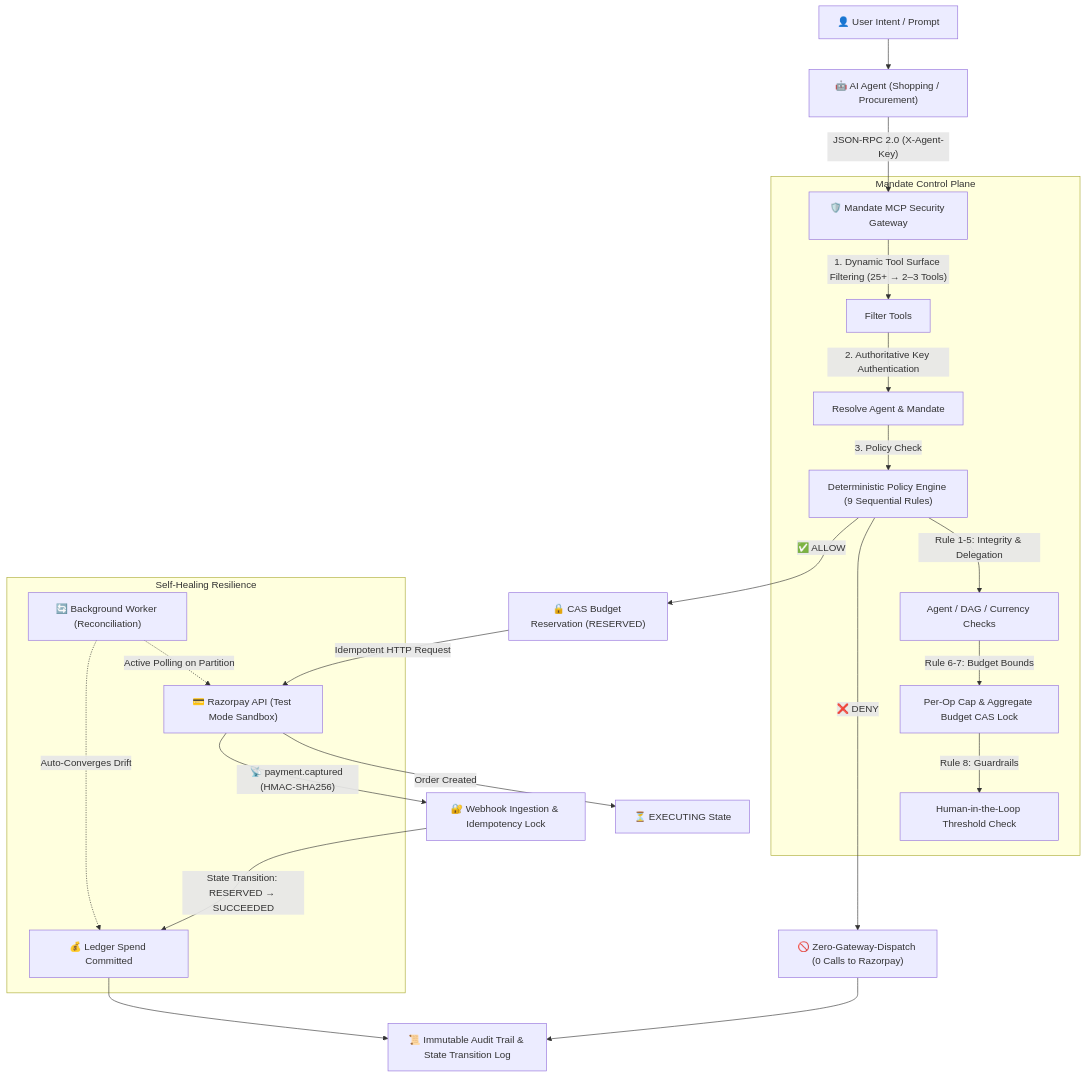
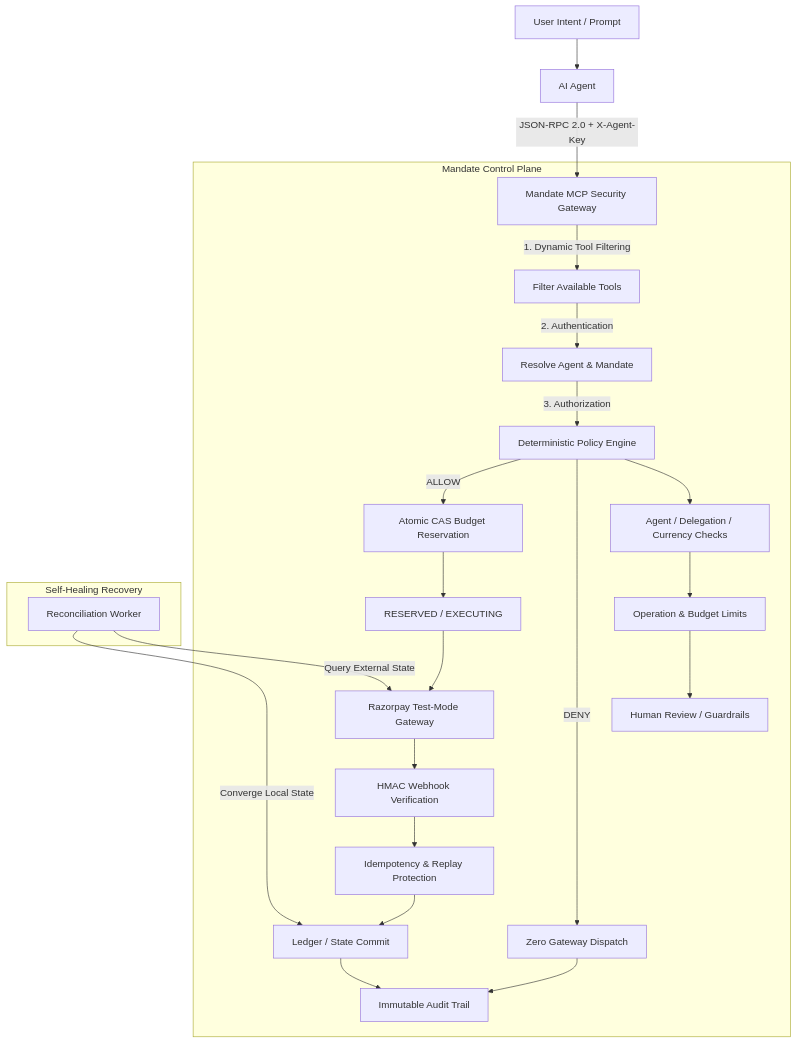
The diagram in README.md (MJenius/Mandate-Razorpay-Control-Plane), drawn with Mermaid before and after one commit. The commit also changed other lines of this file, not shown here.

````diff
--- a/README.md
+++ b/README.md
@@ -33,32 +54,48 @@
 ```mermaid
 graph TD
-    User["👤 User Intent / Prompt"] --> Agent["🤖 AI Agent (Shopping / Procurement)"]
-    Agent -->|"JSON-RPC 2.0 (X-Agent-Key)"| MCP["🛡️ Mandate MCP Security Gateway"]
-    
-    subgraph Mandate Control Plane
-        MCP -->|"1. Dynamic Tool Surface Filtering (25+ → 2–3 Tools)"| Filter["Filter Tools"]
-        Filter -->|"2. Authoritative Key Authentication"| Identity["Resolve Agent & Mandate"]
-        Identity -->|"3. Policy Check"| Engine["Deterministic Policy Engine (9 Sequential Rules)"]
-        
-        Engine -->|Rule 1-5: Integrity & Delegation| R1["Agent / DAG / Currency Checks"]
-        R1 -->|Rule 6-7: Budget Bounds| R2["Per-Op Cap & Aggregate Budget CAS Lock"]
-        R2 -->|Rule 8: Guardrails| R3["Human-in-the-Loop Threshold Check"]
+
+    User["User Intent / Prompt"] --> Agent["AI Agent"]
+
+    Agent -->|"JSON-RPC 2.0 + X-Agent-Key"| MCP["Mandate MCP Security Gateway"]
+
+    subgraph Mandate["Mandate Control Plane"]
+
+        MCP -->|"1. Dynamic Tool Filtering"| Filter["Filter Available Tools"]
+
+        Filter -->|"2. Authentication"| Identity["Resolve Agent & Mandate"]
+
+        Identity -->|"3. Authorization"| Engine["Deterministic Policy Engine"]
+
+        Engine --> R1["Agent / Delegation / Currency Checks"]
+        R1 --> R2["Operation & Budget Limits"]
+        R2 --> R3["Human Review / Guardrails"]
+
+        Engine -->|"DENY"| ZeroEffect["Zero Gateway Dispatch"]
+
+        Engine -->|"ALLOW"| Reserve["Atomic CAS Budget Reservation"]
+
+        Reserve --> State["RESERVED / EXECUTING"]
+
+        State --> Gateway["Razorpay Test-Mode Gateway"]
+
+        Gateway --> Webhook["HMAC Webhook Verification"]
+
+        Webhook --> Idempotency["Idempotency & Replay Protection"]
+
+        Idempotency --> Ledger["Ledger / State Commit"]
+
+        Ledger --> Audit["Immutable Audit Trail"]
+
+        ZeroEffect --> Audit
+
     end
-    
-    Engine -->|"❌ DENY"| ZeroEffect["🚫 Zero-Gateway-Dispatch (0 Calls to Razorpay)"]
-    Engine -->|"✅ ALLOW"| CAS["🔒 CAS Budget Reservation (RESERVED)"]
-    
-    CAS -->|"Idempotent HTTP Request"| RZP["💳 Razorpay API (Test Mode Sandbox)"]
-    RZP -->|"Order Created"| Awaiting["⏳ EXECUTING State"]
-    
-    RZP -->|"📡 payment.captured (HMAC-SHA256)"| Webhook["🔐 Webhook Ingestion & Idempotency Lock"]
-    Webhook -->|"State Transition: RESERVED → SUCCEEDED"| Commit["💰 Ledger Spend Committed"]
-    
-    Commit --> Audit["📜 Immutable Audit Trail & State Transition Log"]
-    ZeroEffect --> Audit
-    
-    subgraph Self-Healing Resilience
-        Recon["🔄 Background Worker (Reconciliation)"] -.->|"Active Polling on Partition"| RZP
-        Recon -.->|"Auto-Converges Drift"| Commit
+
+    subgraph Recovery["Self-Healing Recovery"]
+
+        Worker["Reconciliation Worker"]
+
+        Worker -->|"Query External State"| Gateway
+        Worker -->|"Converge Local State"| Ledger
+
     end
 ```
````
